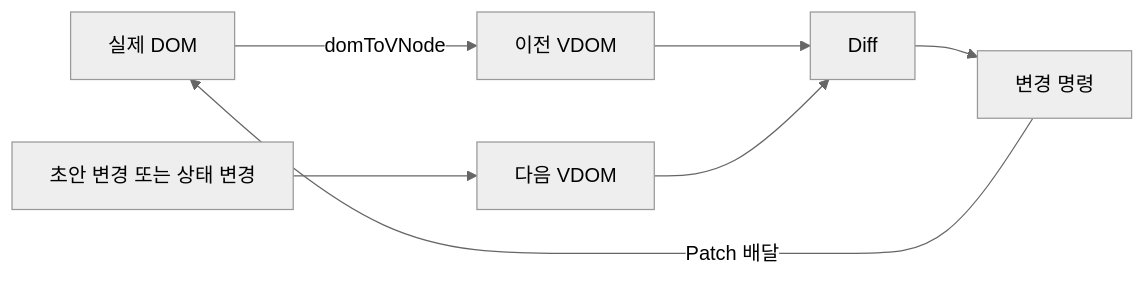
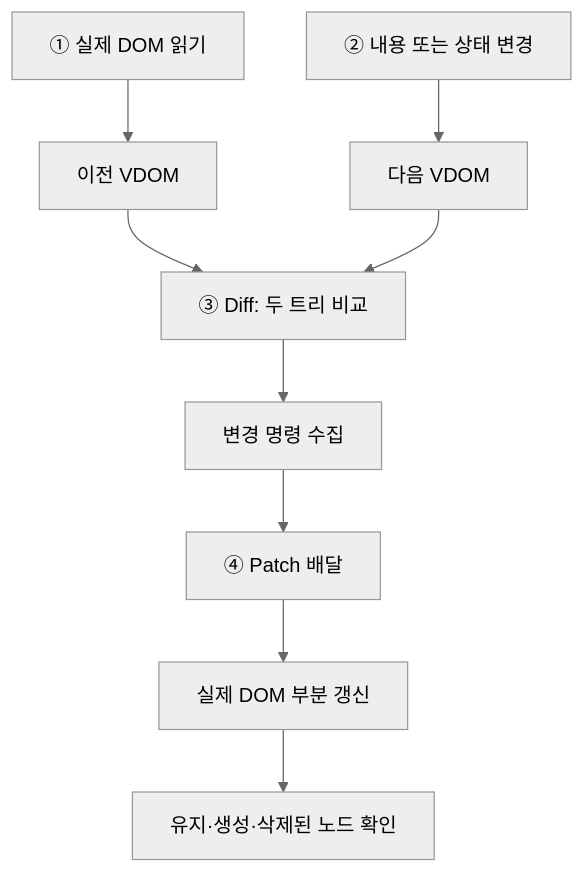
Before and after one commit to W11-T9-miniProject/Mini_React: the first of 3 diagrams in README.md, drawn with Mermaid (neutral theme). The commit also changed other lines of this file and 1 other file, not shown here.

````diff
--- a/README.md
+++ b/README.md
@@ -21,9 +28,11 @@
 ```mermaid
-flowchart LR
-  DOM[실제 DOM] -->|domToVNode| OLD[이전 VDOM]
-  EDIT[초안 변경 또는 상태 변경] --> NEW[다음 VDOM]
-  OLD --> DIFF[Diff]
-  NEW --> DIFF
-  DIFF --> COMMAND[변경 명령]
-  COMMAND -->|Patch 배달| DOM
+flowchart TD
+  A[① 실제 DOM 읽기] --> B[이전 VDOM]
+  C[② 내용 또는 상태 변경] --> D[다음 VDOM]
+  B --> E[③ Diff: 두 트리 비교]
+  D --> E
+  E --> F[변경 명령 수집]
+  F --> G[④ Patch 배달]
+  G --> H[실제 DOM 부분 갱신]
+  H --> I[유지·생성·삭제된 노드 확인]
 ```
````
